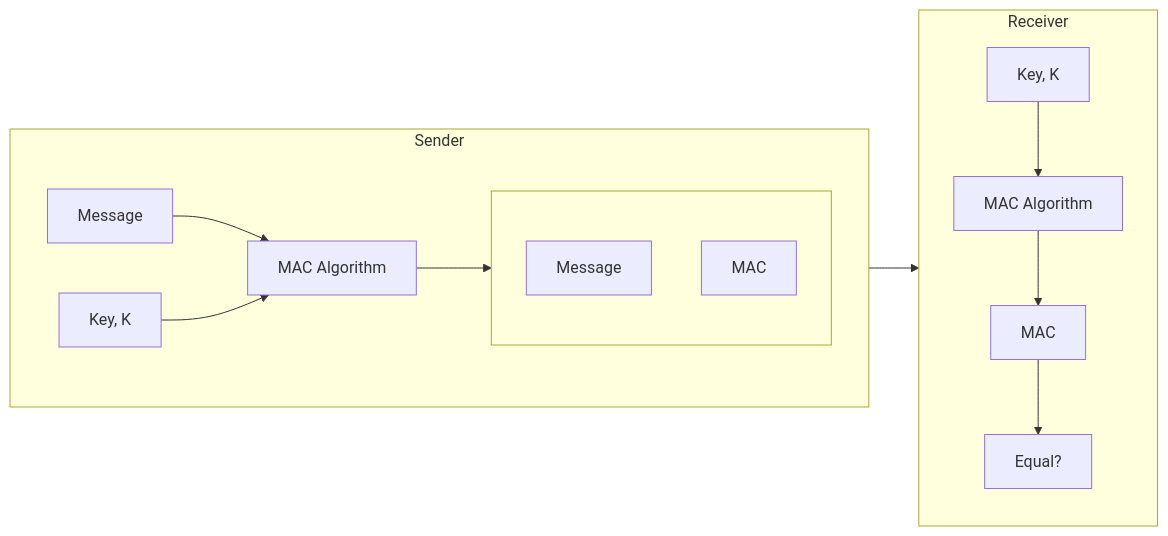
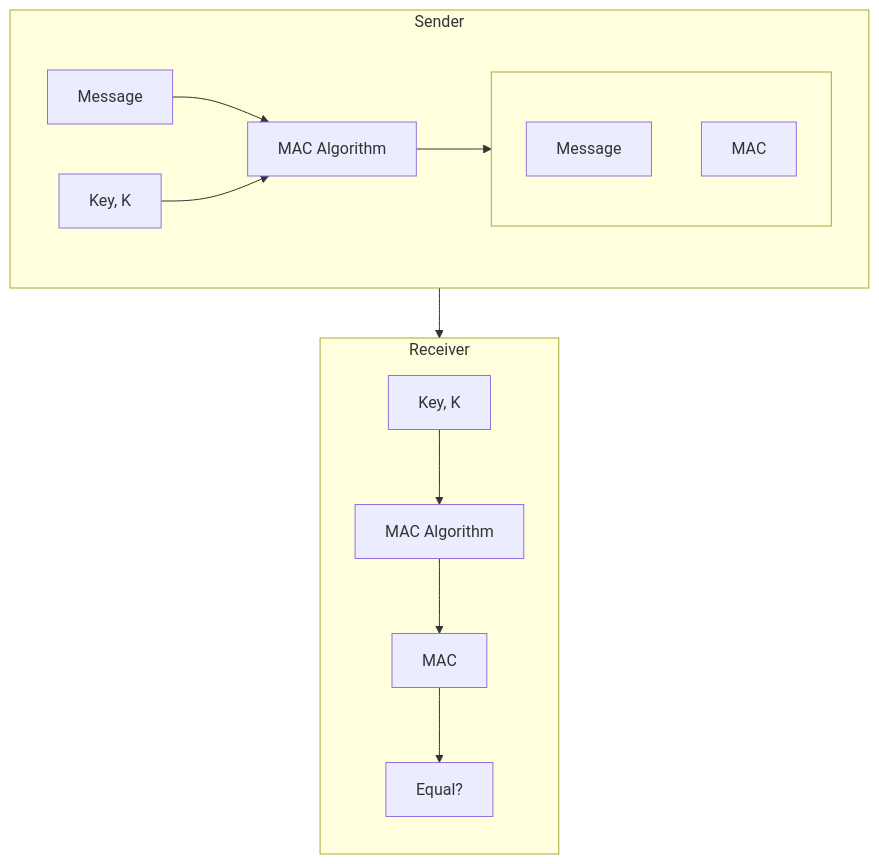
The diagram in content/diagrams/mac.mermaid (ati-ozgur/kurs-kripto), drawn with Mermaid before and after one commit. The commit also changed 4 other files, not shown here.

Commit message:
figure fixes

````diff
--- a/content/diagrams/mac.mermaid
+++ b/content/diagrams/mac.mermaid
@@ -1,24 +1,24 @@
 ```{mermaid}
-graph LR
+graph TB
     subgraph Sender [Sender]
         direction LR
         M1["Message"] --> MAC_ALG1["MAC Algorithm"]
         K1["Key, K"] --> MAC_ALG1
         MAC_ALG1 --> Transmitted
         
         subgraph Transmitted [" "]
             direction TB
             M_trans["Message"]
             MAC_trans["MAC"]
         end
     end
 
     subgraph Receiver [Receiver]
         direction TB
         K2["Key, K"] --> MAC_ALG2["MAC Algorithm"]
         MAC_ALG2 --> MAC_calc["MAC"]
         MAC_calc --> EQUAL["Equal?"]
     end
 
     MAC_trans --> EQUAL
 ```
````
